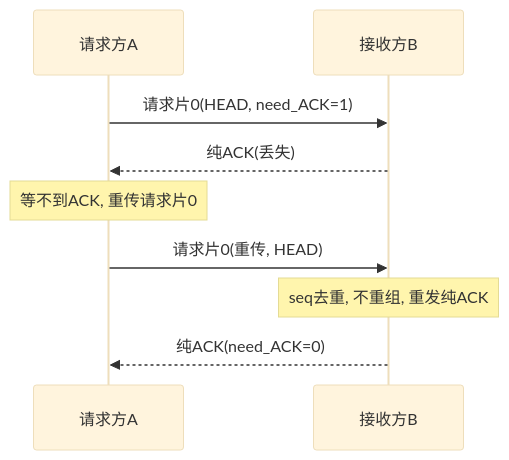
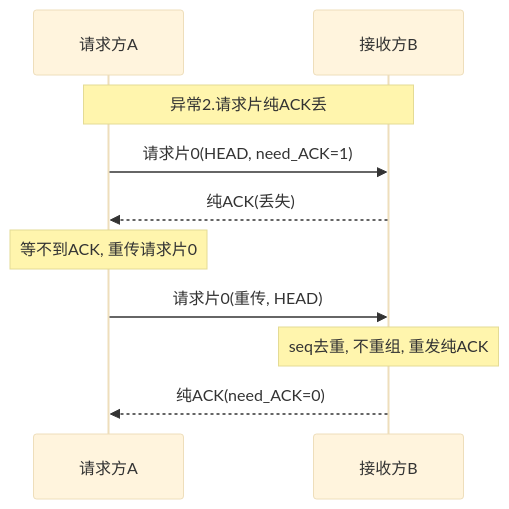
Before and after one commit to Siaiai/ObsidianNote: the eighth of 13 diagrams in 工作/项目/代码/260401S3分拣面板-SIA-R9000P.md, drawn with Mermaid (base theme). The commit also changed other lines of this file and 1 other file, not shown here.

````diff
--- a/工作/项目/代码/260401S3分拣面板-SIA-R9000P.md
+++ b/工作/项目/代码/260401S3分拣面板-SIA-R9000P.md
@@ -206,11 +212,12 @@
 ```mermaid
 sequenceDiagram
     participant A as 请求方A
     participant B as 接收方B
+    Note over A,B: 异常2.请求片纯ACK丢
     A->>B: 请求片0(HEAD, need_ACK=1)
     B-->>A: 纯ACK(丢失)
     Note over A: 等不到ACK, 重传请求片0
     A->>B: 请求片0(重传, HEAD)
     Note over B: seq去重, 不重组, 重发纯ACK
     B-->>A: 纯ACK(need_ACK=0)
 ```
````
